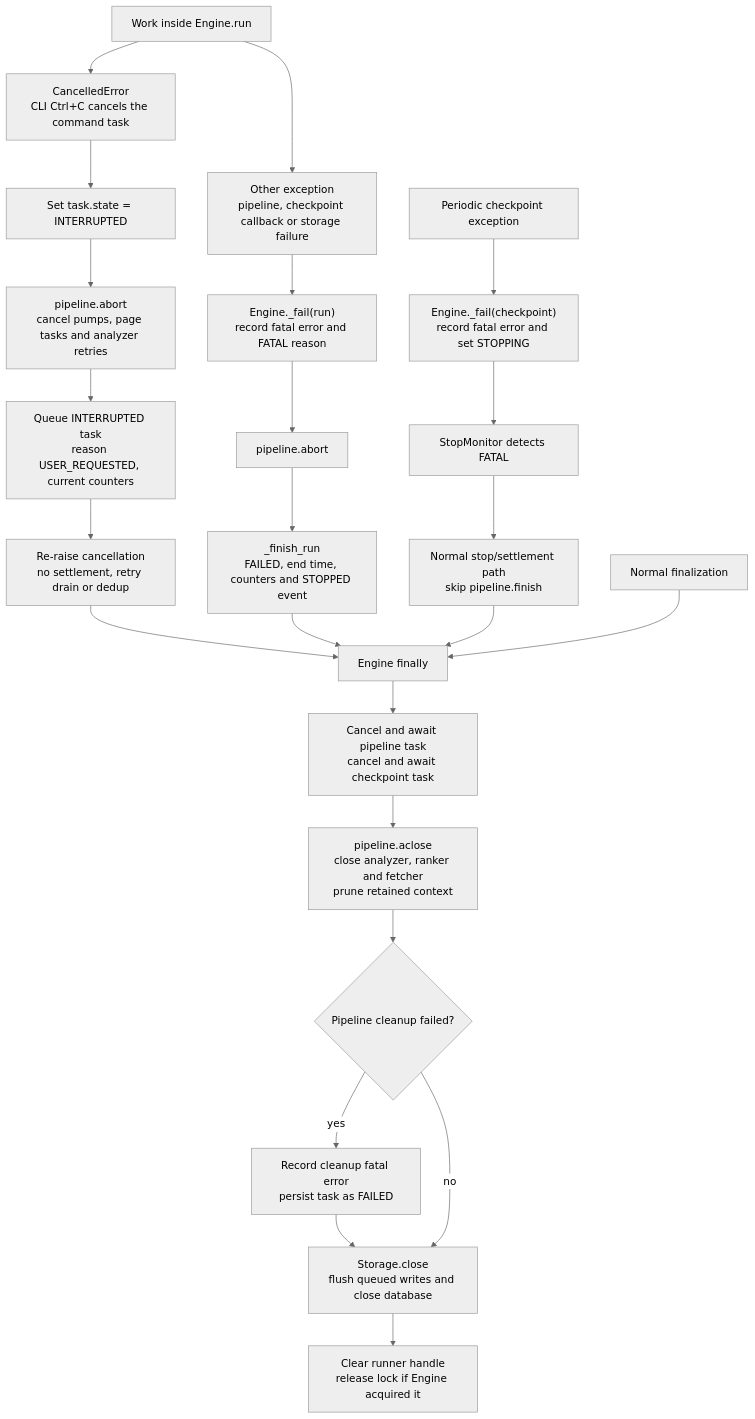
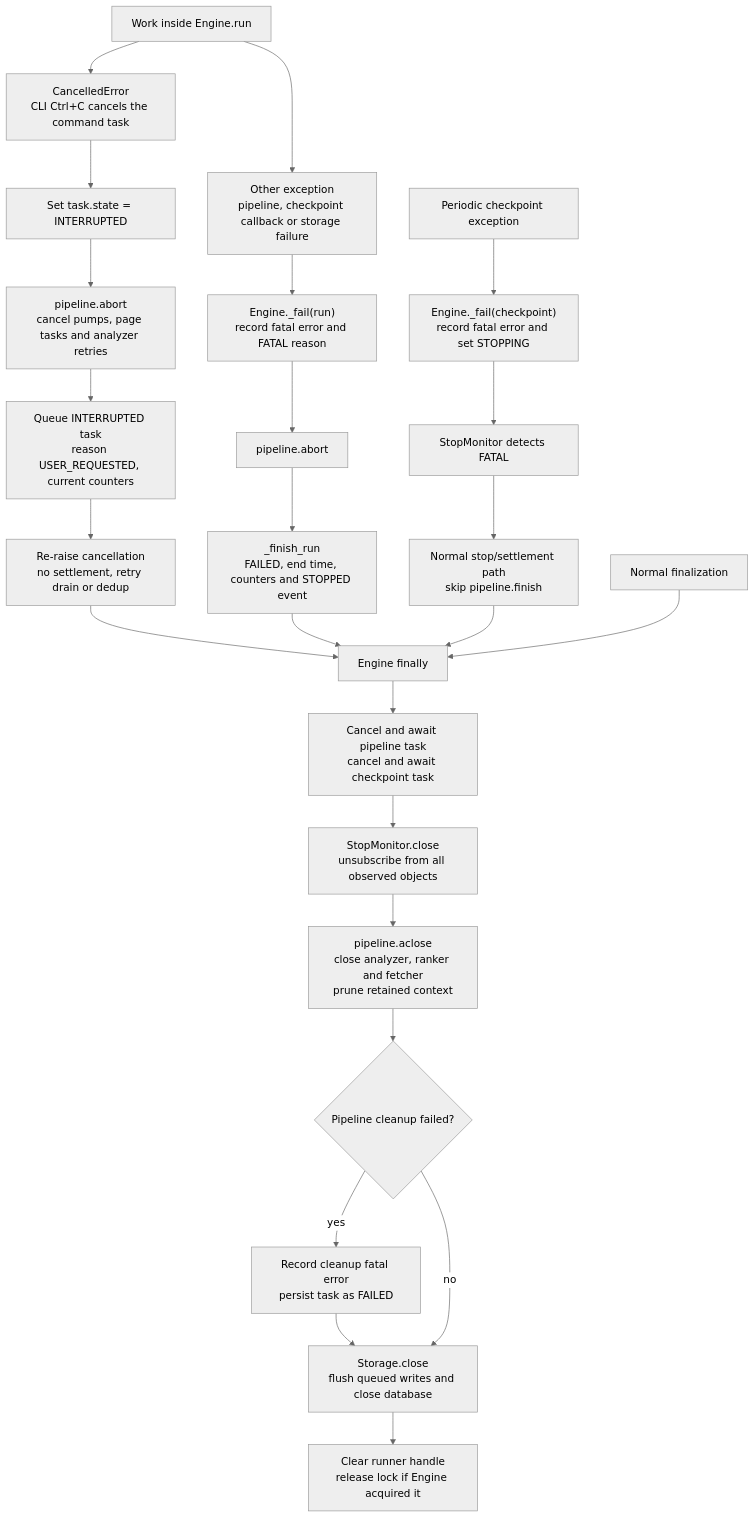
Before and after one commit to shixuan/crawl-me-maybe: the seventh of 7 diagrams in docs/engine.md, drawn with Mermaid (neutral theme). The commit also changed other lines of this file and 16 other files, not shown here.

````diff
--- a/docs/engine.md
+++ b/docs/engine.md
@@ -361,27 +385,28 @@
 ```mermaid
 flowchart TD
     Await["Work inside Engine.run"] --> Cancel["CancelledError<br/>CLI Ctrl+C cancels the command task"]
     Await --> Error["Other exception<br/>pipeline, checkpoint callback or storage failure"]
     Timer["Periodic checkpoint exception"] --> Mark["Engine._fail(checkpoint)<br/>record fatal error and set STOPPING"]
     Mark --> Monitor["StopMonitor detects FATAL"] --> Stop["Normal stop/settlement path<br/>skip pipeline.finish"]
 
     Cancel --> Interrupted["Set task.state = INTERRUPTED"]
     Interrupted --> Abort["pipeline.abort<br/>cancel pumps, page tasks and analyzer retries"]
     Abort --> Save["Queue INTERRUPTED task<br/>reason USER_REQUESTED, current counters"]
     Save --> Rethrow["Re-raise cancellation<br/>no settlement, retry drain or dedup"]
 
     Error --> Fail["Engine._fail(run)<br/>record fatal error and FATAL reason"]
     Fail --> AbortFail["pipeline.abort"]
     AbortFail --> FinishFail["_finish_run<br/>FAILED, end time, counters and STOPPED event"]
 
     Rethrow --> Finally["Engine finally"]
     FinishFail --> Finally
     Stop --> Finally
     Normal["Normal finalization"] --> Finally
     Finally --> Tasks["Cancel and await pipeline task<br/>cancel and await checkpoint task"]
-    Tasks --> Close["pipeline.aclose<br/>close analyzer, ranker and fetcher<br/>prune retained context"]
+    Tasks --> Unsubscribe["StopMonitor.close<br/>unsubscribe from all observed objects"]
+    Unsubscribe --> Close["pipeline.aclose<br/>close analyzer, ranker and fetcher<br/>prune retained context"]
     Close --> CloseError{"Pipeline cleanup failed?"}
     CloseError -->|yes| Failed["Record cleanup fatal error<br/>persist task as FAILED"] --> Storage
     CloseError -->|no| Storage["Storage.close<br/>flush queued writes and close database"]
     Storage --> Release["Clear runner handle<br/>release lock if Engine acquired it"]
 ```
````
